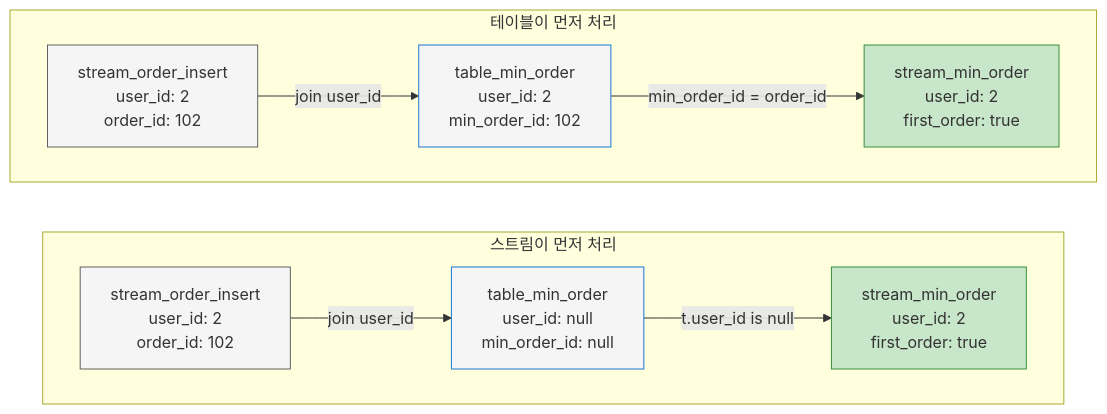
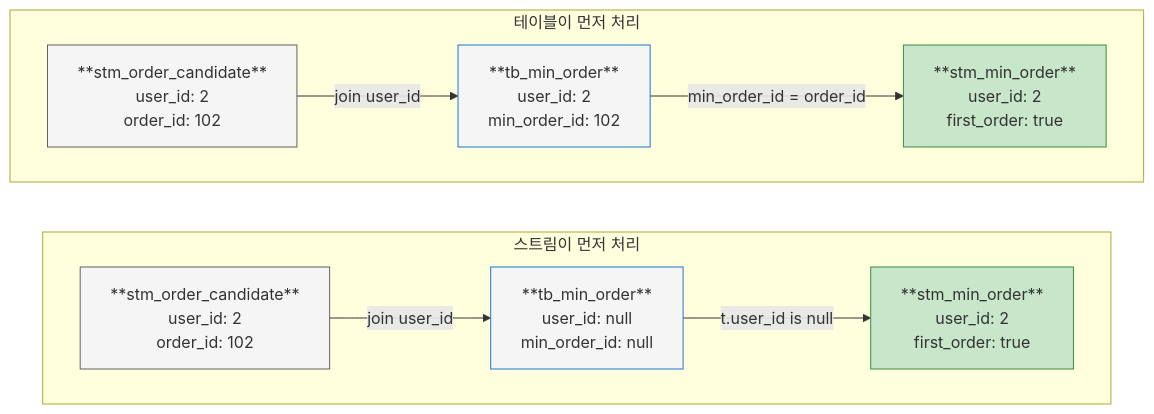
Before and after one commit to yecnj/yecnj.github.io: the seventh of 7 diagrams in _notes/Public/Kafka/ksqlDB/ksqlDB.md, drawn with Mermaid. The commit also changed other lines of this file and 2 other files, not shown here.

```diff
--- a/_notes/Public/Kafka/ksqlDB/ksqlDB.md
+++ b/_notes/Public/Kafka/ksqlDB/ksqlDB.md
@@ -620,26 +668,26 @@
 <div class="mermaid">
 flowchart LR
     subgraph "스트림이 먼저 처리"
         direction LR
-        A1[stream_order_insert<br/>user_id: 2<br/>order_id: 102]:::stream
-        B1[table_min_order<br/>user_id: null<br/>min_order_id: null]:::table
-        C1[stream_min_order<br/>user_id: 2<br/>first_order: true]:::result
+        A1[**stm_order_candidate**<br/>user_id: 2<br/>order_id: 102]:::stream
+        B1[**tb_min_order**<br/>user_id: null<br/>min_order_id: null]:::table
+        C1[**stm_min_order**<br/>user_id: 2<br/>first_order: true]:::result
 
         A1 -- join user_id --> B1
         B1 -- t.user_id is null --> C1
     end
 
     subgraph "테이블이 먼저 처리"
         direction LR
-        A2[stream_order_insert<br/>user_id: 2<br/>order_id: 102]:::stream
-        B2[table_min_order<br/>user_id: 2<br/>min_order_id: 102]:::table
-        C2[stream_min_order<br/>user_id: 2<br/>first_order: true]:::result
+        A2[**stm_order_candidate**<br/>user_id: 2<br/>order_id: 102]:::stream
+        B2[**tb_min_order**<br/>user_id: 2<br/>min_order_id: 102]:::table
+        C2[**stm_min_order**<br/>user_id: 2<br/>first_order: true]:::result
 
         A2 -- join user_id --> B2
         B2 -- min_order_id = order_id --> C2
     end
 
     classDef stream fill:#F5F5F5,stroke:#616161
     classDef table fill:#F5F5F5,stroke:#1976D2
     classDef result fill:#C8E6C9,stroke:#388e3c
 </div>
```
